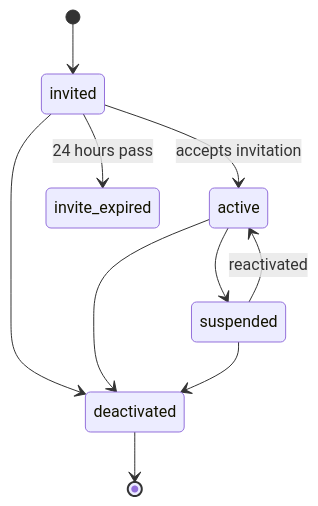
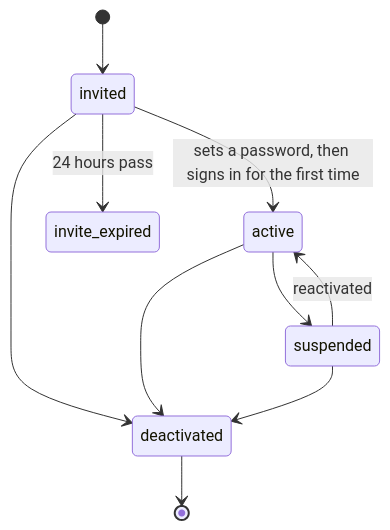
Before and after one commit to Rabblo06/rab-recurit: the diagram in packages/rab-docs/staff/account-states.mdx, drawn with Mermaid. The commit also changed other lines of this file and 213 other files, not shown here.

````diff
--- a/packages/rab-docs/staff/account-states.mdx
+++ b/packages/rab-docs/staff/account-states.mdx
@@ -32,12 +40,12 @@
 ```mermaid
 stateDiagram-v2
     [*] --> invited
-    invited --> active: accepts invitation
+    invited --> active: sets a password, then signs in for the first time
     invited --> invite_expired: 24 hours pass
     invited --> deactivated
     active --> suspended
     suspended --> active: reactivated
     active --> deactivated
     suspended --> deactivated
     deactivated --> [*]
 ```
````
